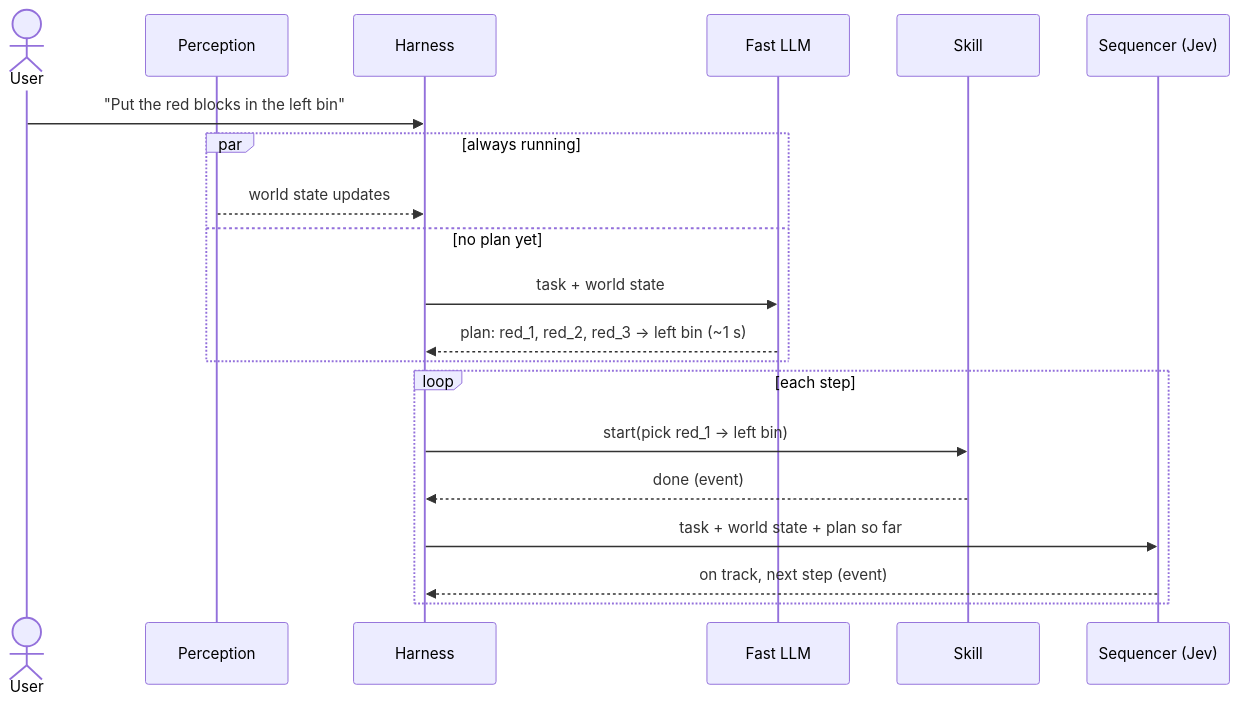
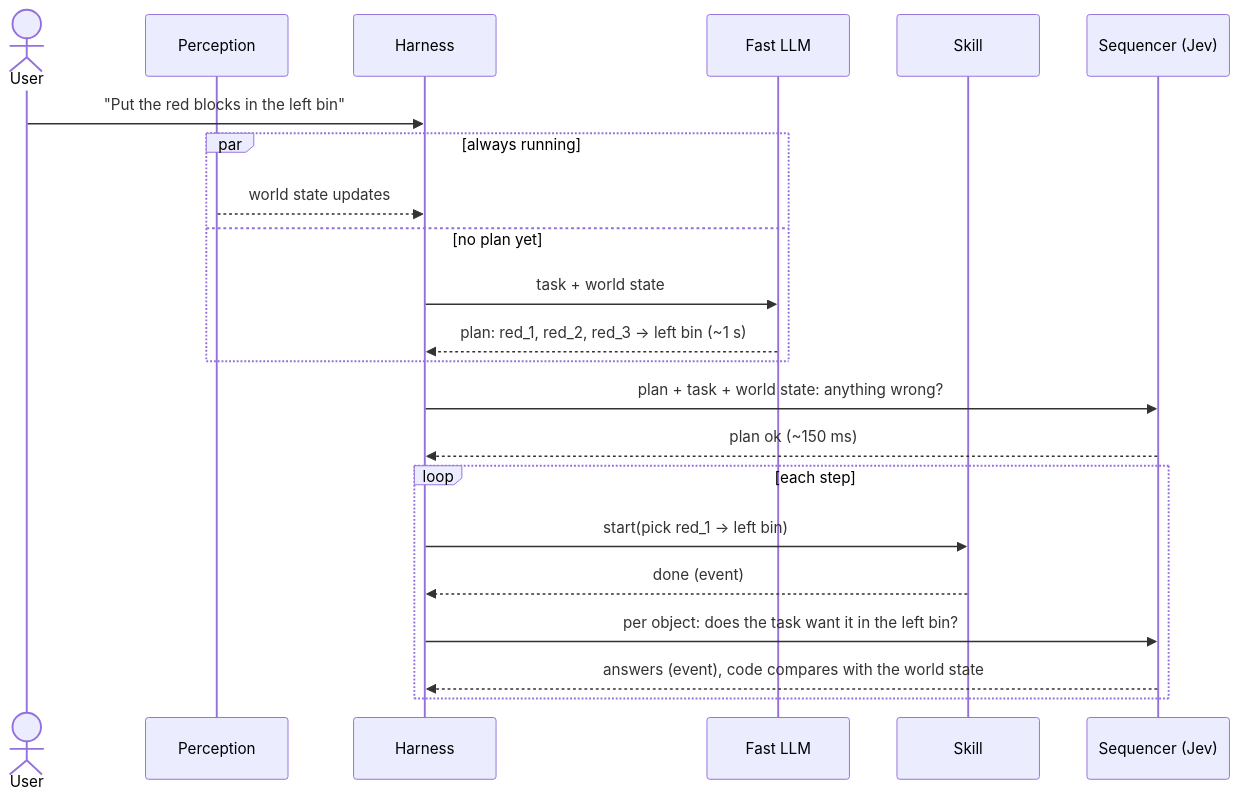
The third of 7 diagrams in docs/v2-diagrams.md (alee792/robojev), drawn with Mermaid before and after one commit. The commit also changed other lines of this file and 1 other file, not shown here.

First line of the commit message:
v2: apply TypeSafe docs guidance (plan check before running, per-object progress questions, per-route thresholds and complexity score, parameters with a 'stated' question, a section on writing Jev questions); diagrams updated

````diff
--- a/docs/v2-diagrams.md
+++ b/docs/v2-diagrams.md
@@ -95,23 +98,25 @@
 ```mermaid
 sequenceDiagram
     actor U as User
     participant W as Perception
     participant H as Harness
     participant P as Fast LLM
     participant K as Skill
     participant S as Sequencer (Jev)
 
     U->>H: "Put the red blocks in the left bin"
     par always running
         W-->>H: world state updates
     and no plan yet
         H->>P: task + world state
         P-->>H: plan: red_1, red_2, red_3 → left bin (~1 s)
     end
+    H->>S: plan + task + world state: anything wrong?
+    S-->>H: plan ok (~150 ms)
     loop each step
         H->>K: start(pick red_1 → left bin)
         K-->>H: done (event)
-        H->>S: task + world state + plan so far
-        S-->>H: on track, next step (event)
+        H->>S: per object: does the task want it in the left bin?
+        S-->>H: answers (event), code compares with the world state
     end
 ```
````
